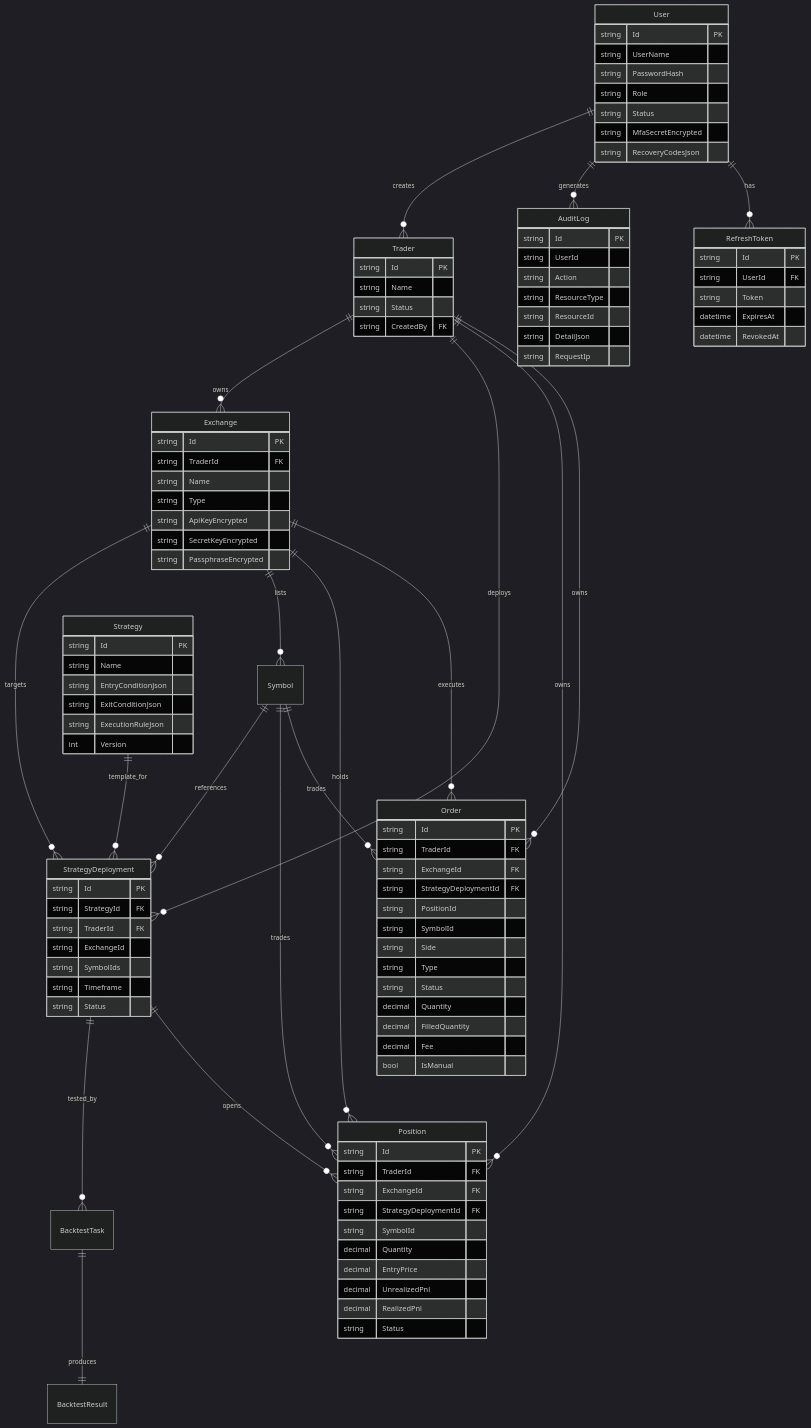
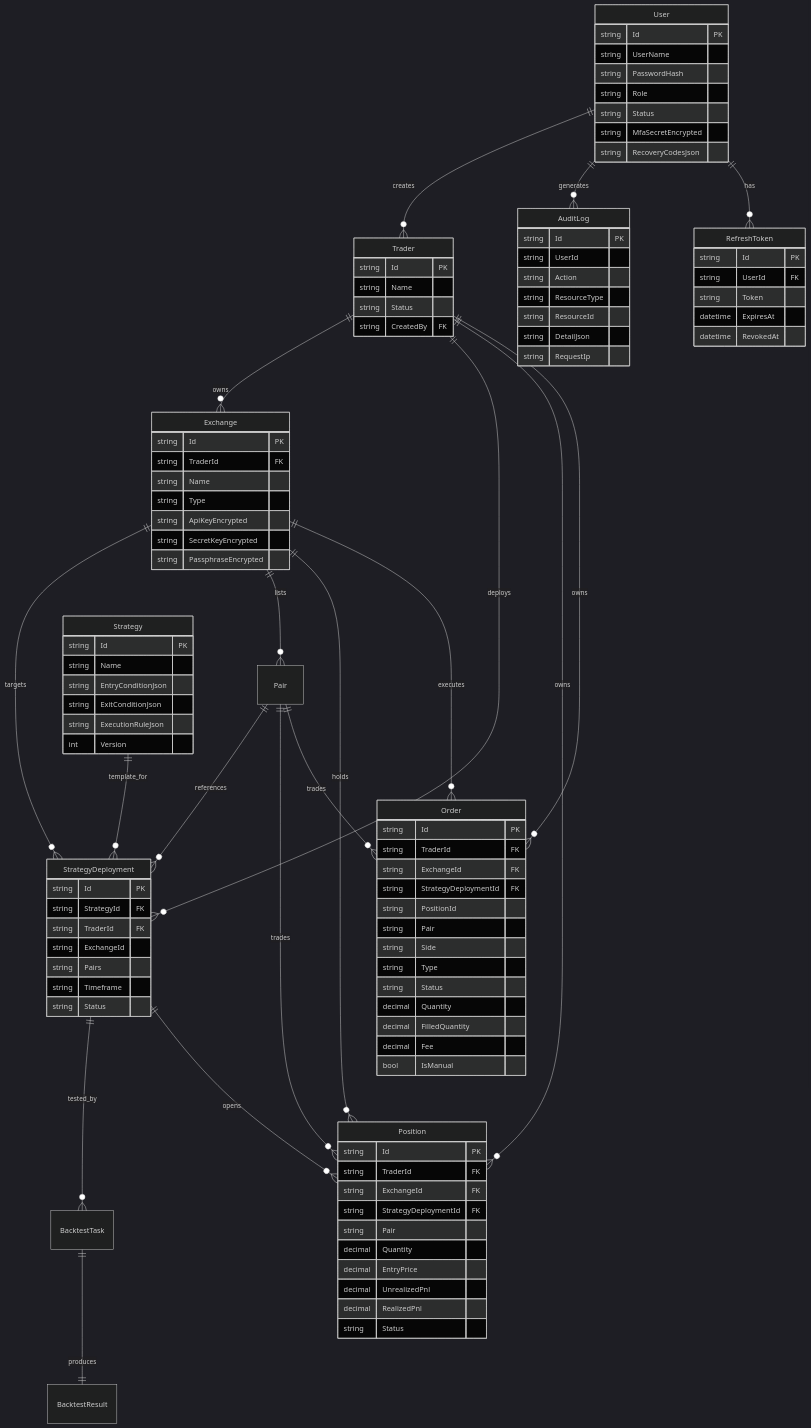
Before and after one commit to bambuo/TradeX: the tenth of 14 diagrams in docs/TAD.md, drawn with Mermaid (dark theme). The commit also changed other lines of this file and 67 other files, not shown here.

First line of the commit message:
refactor: 统一将 symbol 重命名为 pair 以提升术语一致性

```diff
--- a/docs/TAD.md
+++ b/docs/TAD.md
@@ -578,7 +578,7 @@
   Trader ||--o{ Order : owns
 
   Exchange ||--o{ StrategyDeployment : targets
-  Exchange ||--o{ Symbol : lists
+  Exchange ||--o{ Pair : lists
   Exchange ||--o{ Position : holds
   Exchange ||--o{ Order : executes
 
@@ -588,9 +588,9 @@
 
   BacktestTask ||--|| BacktestResult : produces
 
-  Symbol ||--o{ StrategyDeployment : references
-  Symbol ||--o{ Position : trades
-  Symbol ||--o{ Order : trades
+  Pair ||--o{ StrategyDeployment : references
+  Pair ||--o{ Position : trades
+  Pair ||--o{ Order : trades
 
   User {
     string Id PK
@@ -633,7 +633,7 @@
     string StrategyId FK
     string TraderId FK
     string ExchangeId
-    string SymbolIds
+    string Pairs
     string Timeframe
     string Status
   }
@@ -643,7 +643,7 @@
     string TraderId FK
     string ExchangeId FK
     string StrategyDeploymentId FK
-    string SymbolId
+    string Pair
     decimal Quantity
     decimal EntryPrice
     decimal UnrealizedPnl
@@ -657,7 +657,7 @@
     string ExchangeId FK
     string StrategyDeploymentId FK
     string PositionId
-    string SymbolId
+    string Pair
     string Side
     string Type
     string Status
```
